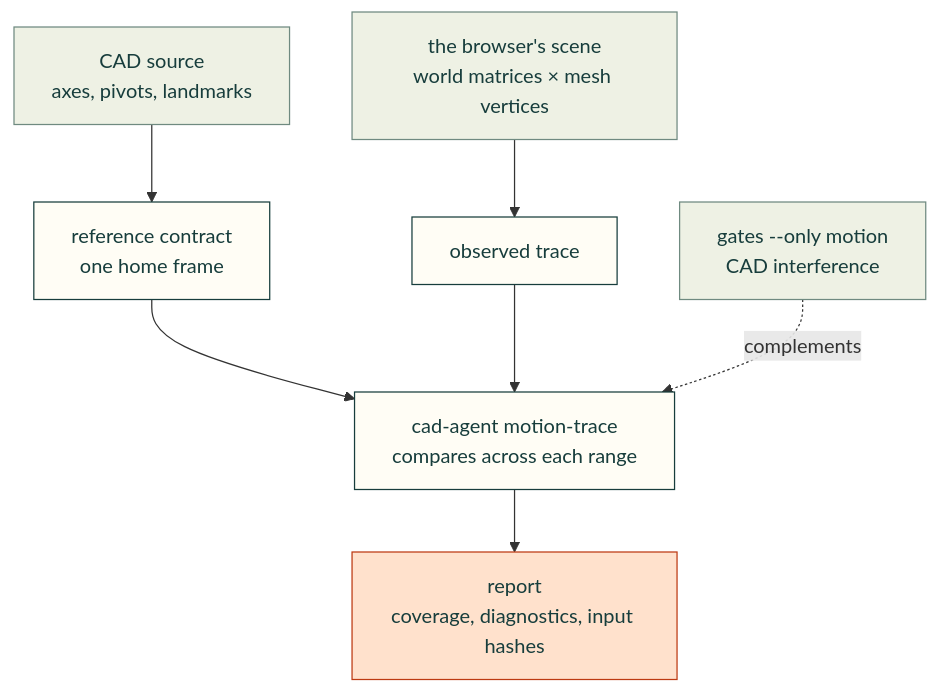
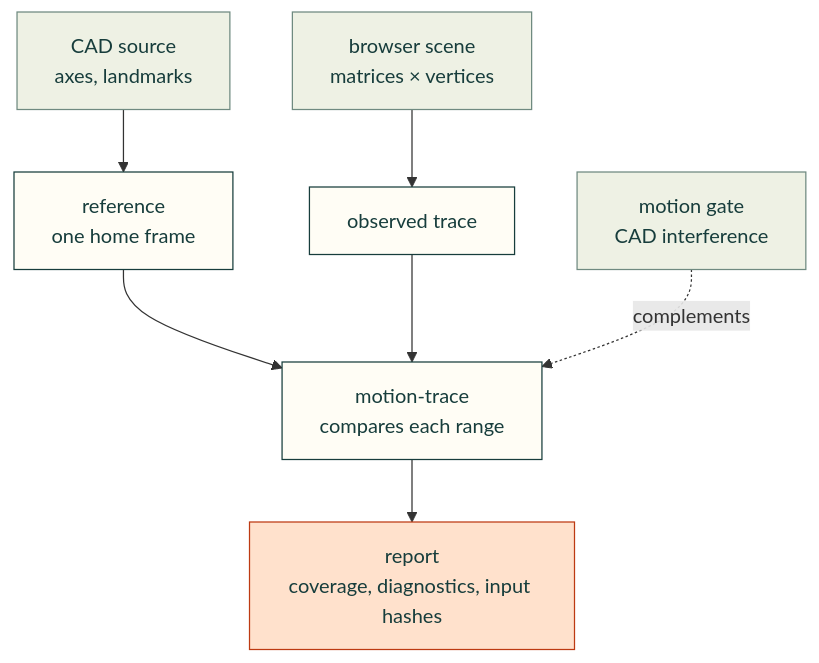
One commit to Valpatel/cad-agent changed the diagram in docs/rendered-motion.md. Above: the diagram before and after it, drawn with Mermaid. The commit also changed 5 other files, not shown here.

Commit message:
Docs: diagrams fit the 650 px column at 1100 px wide

````diff
--- a/docs/rendered-motion.md
+++ b/docs/rendered-motion.md
@@ -8,14 +8,14 @@
 ```mermaid
 flowchart TD
-    CAD["CAD source<br/>axes, pivots, landmarks"] --> Ref["reference contract<br/>one home frame"]
-    Scene["the browser's scene<br/>world matrices × mesh vertices"] --> Obs["observed trace"]
-    Ref & Obs --> T["cad-agent motion-trace<br/>compares across each range"]
-    G["gates --only motion<br/>CAD interference"] -.->|"complements"| T
+    CAD["CAD source<br/>axes, landmarks"] --> Ref["reference<br/>one home frame"]
+    Scene["browser scene<br/>matrices × vertices"] --> Obs["observed trace"]
+    Ref & Obs --> T["motion-trace<br/>compares each range"]
+    G["motion gate<br/>CAD interference"] -.->|"complements"| T
     T --> Rep["report<br/>coverage, diagnostics, input hashes"]
     classDef here fill:#fffdf5,stroke:#173d3c,color:#173d3c
     classDef near fill:#eef1e4,stroke:#6f8a80,color:#173d3c
     classDef out fill:#ffe1cc,stroke:#bd3a12,color:#173d3c
     class Ref,Obs,T here
     class CAD,Scene,G near
     class Rep out
 ```
````
